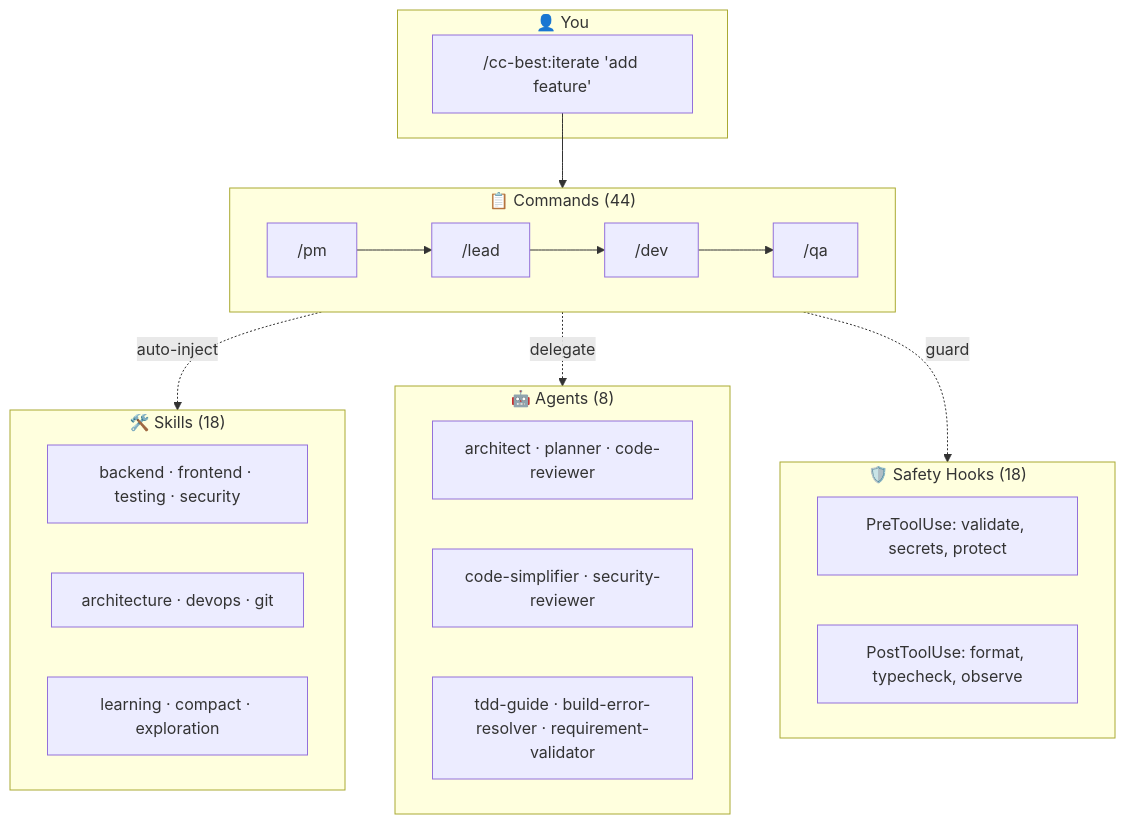
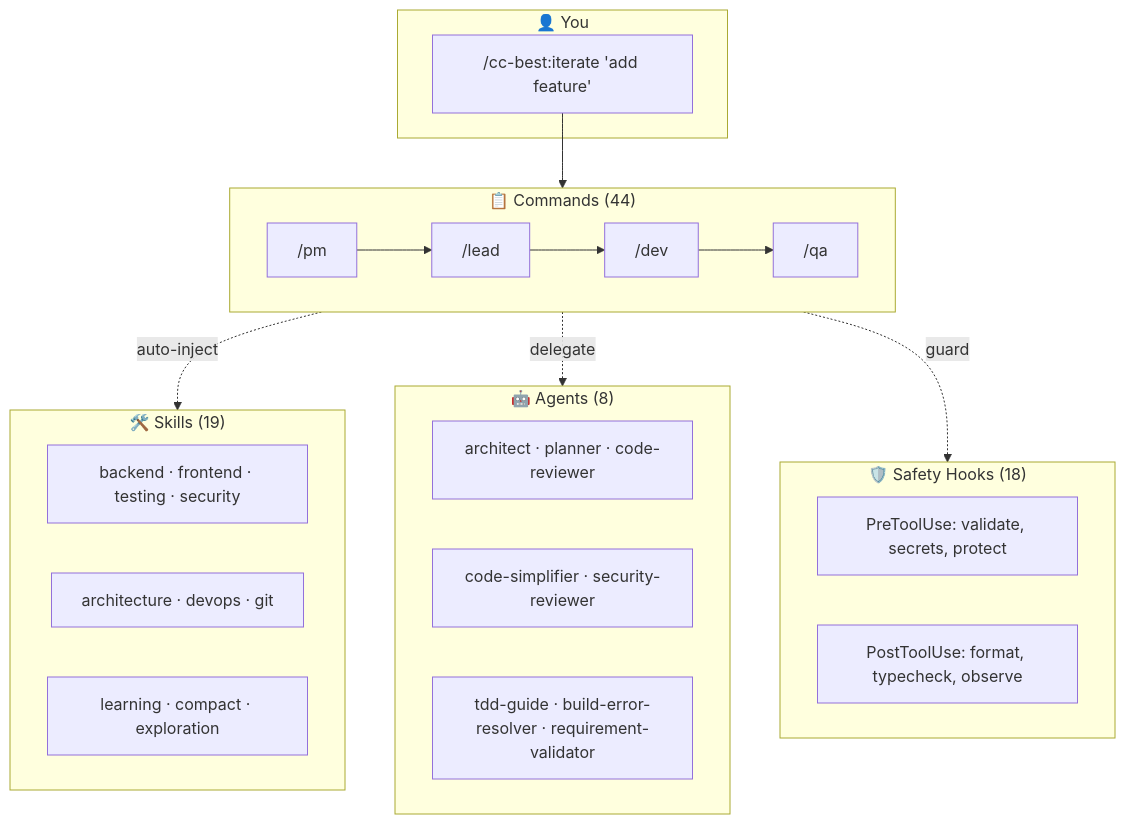
The second of 2 diagrams in README.md (xiaobei930/claude-code-best-practices), drawn with Mermaid before and after one commit. The commit also changed other lines of this file and 50 other files, not shown here.

````diff
--- a/README.md
+++ b/README.md
@@ -345,32 +347,32 @@
 ```mermaid
 flowchart TB
     subgraph User["👤 You"]
         CMD["/cc-best:iterate 'add feature'"]
     end
 
     subgraph Commands["📋 Commands (44)"]
         PM["/pm"] --> Lead["/lead"] --> Dev["/dev"] --> QA["/qa"]
     end
 
-    subgraph Skills["🛠️ Skills (18)"]
+    subgraph Skills["🛠️ Skills (19)"]
         S1["backend · frontend · testing · security"]
         S2["architecture · devops · git"]
         S3["learning · compact · exploration"]
     end
 
     subgraph Agents["🤖 Agents (8)"]
         A1["architect · planner · code-reviewer"]
         A2["code-simplifier · security-reviewer"]
         A3["tdd-guide · build-error-resolver · requirement-validator"]
     end
 
     subgraph Safety["🛡️ Safety Hooks (18)"]
         H1["PreToolUse: validate, secrets, protect"]
         H2["PostToolUse: format, typecheck, observe"]
     end
 
     CMD --> Commands
     Commands -.->|"auto-inject"| Skills
     Commands -.->|"delegate"| Agents
     Commands -.->|"guard"| Safety
 ```
````
